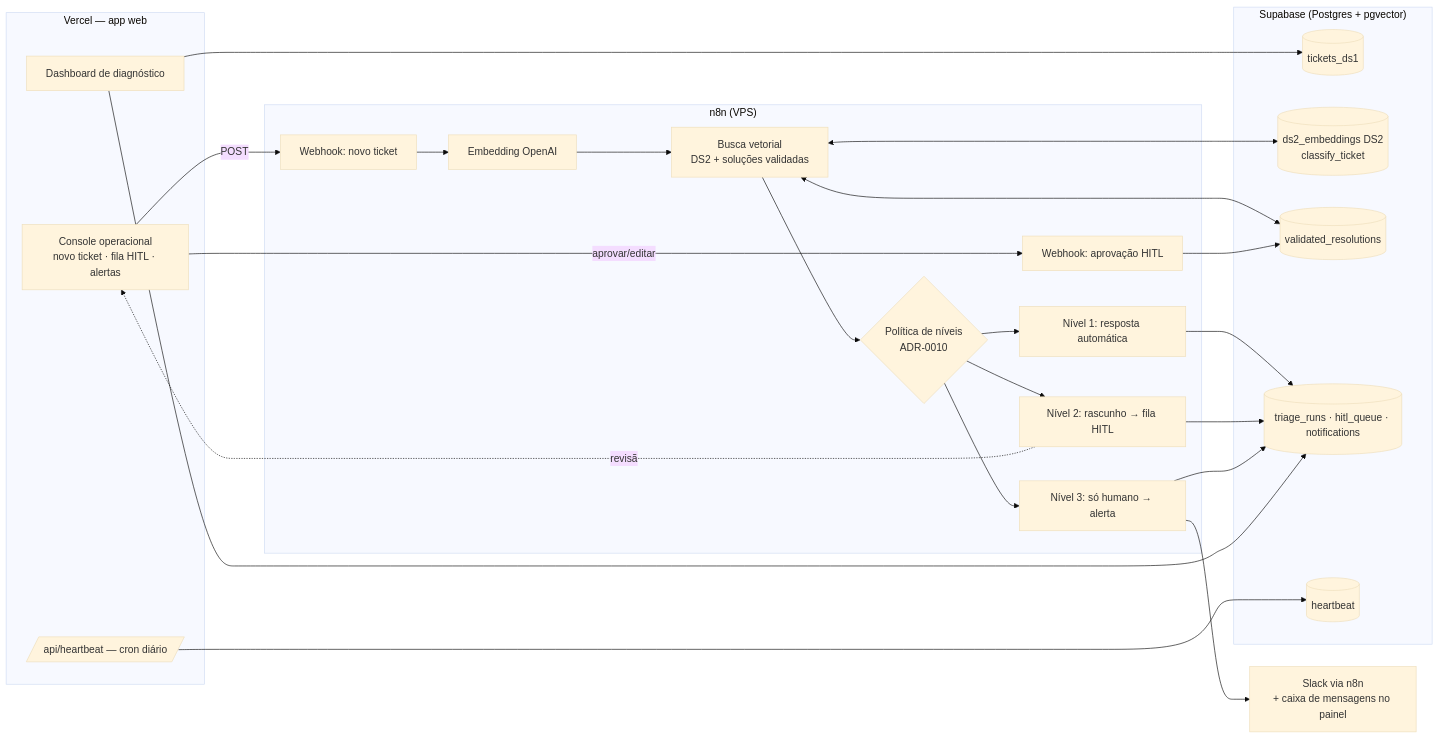
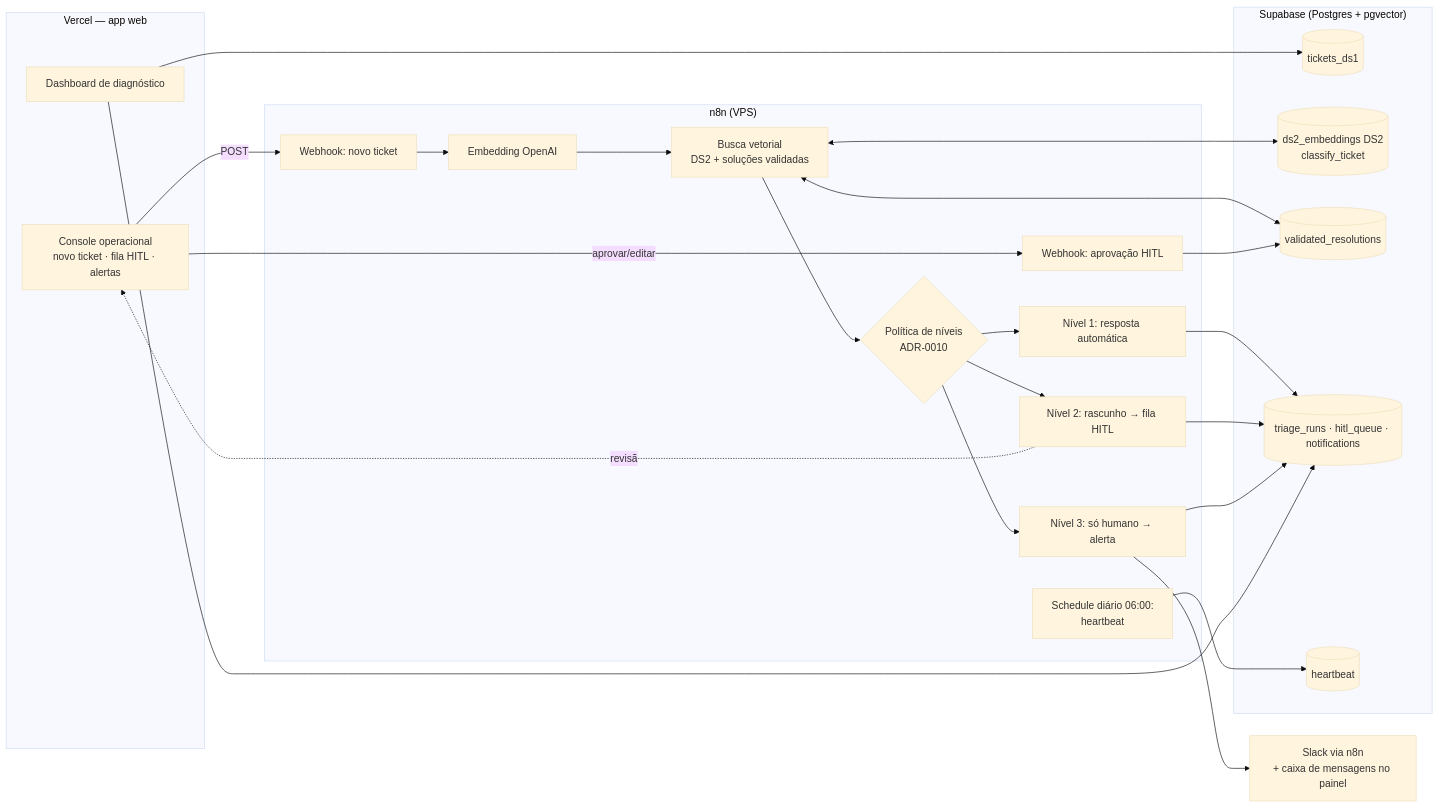
The diagram in submissions/daniel-fonseca/docs/architecture.md (Gestao-Quatro-Ponto-Zero/ai-master-challenge), drawn with Mermaid (base theme) before and after one commit. The commit also changed other lines of this file and 15 other files, not shown here.

````diff
--- a/submissions/daniel-fonseca/docs/architecture.md
+++ b/submissions/daniel-fonseca/docs/architecture.md
@@ -3,36 +3,36 @@
 ```mermaid
 flowchart LR
   subgraph Vercel["Vercel — app web"]
     D[Dashboard de diagnóstico]
     C[Console operacional<br/>novo ticket · fila HITL · alertas]
-    H[/api/heartbeat — cron diário/]
   end
 
   subgraph N8N["n8n (VPS)"]
     W1[Webhook: novo ticket]
     E[Embedding OpenAI]
     R[Busca vetorial<br/>DS2 + soluções validadas]
     P{Política de níveis<br/>ADR-0010}
     A[Nível 1: resposta automática]
     Q[Nível 2: rascunho → fila HITL]
     N[Nível 3: só humano → alerta]
     W2[Webhook: aprovação HITL]
+    HBF[Schedule diário 06:00:<br/>heartbeat]
   end
 
   subgraph SB["Supabase (Postgres + pgvector)"]
     T1[(tickets_ds1)]
     T2[(ds2_embeddings DS2<br/>classify_ticket)]
     T3[(validated_resolutions)]
     T4[(triage_runs · hitl_queue · notifications)]
     HB[(heartbeat)]
   end
 
   C -->|POST| W1 --> E --> R --> P
   R <--> T2 & T3
   P --> A & Q & N
   A & Q & N --> T4
   Q -.revisão.-> C -->|aprovar/editar| W2 --> T3
   N --> SL[Slack via n8n<br/>+ caixa de mensagens no painel]
   D --> T1 & T4
-  H --> HB
+  HBF --> HB
 ```
````
